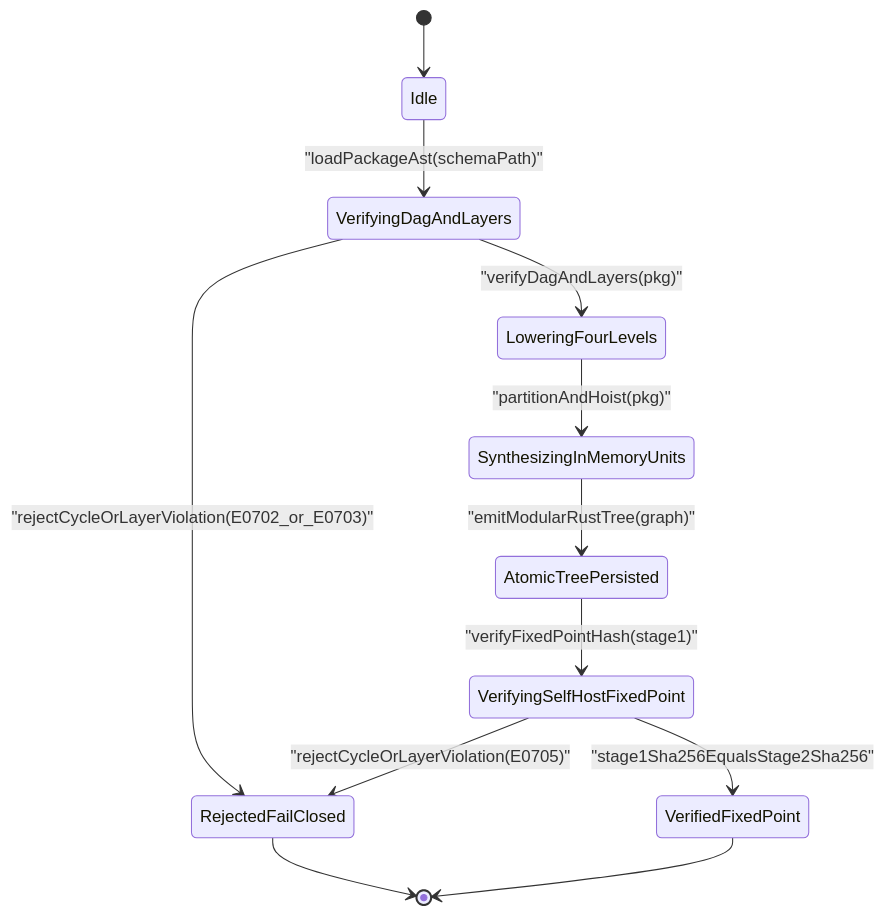
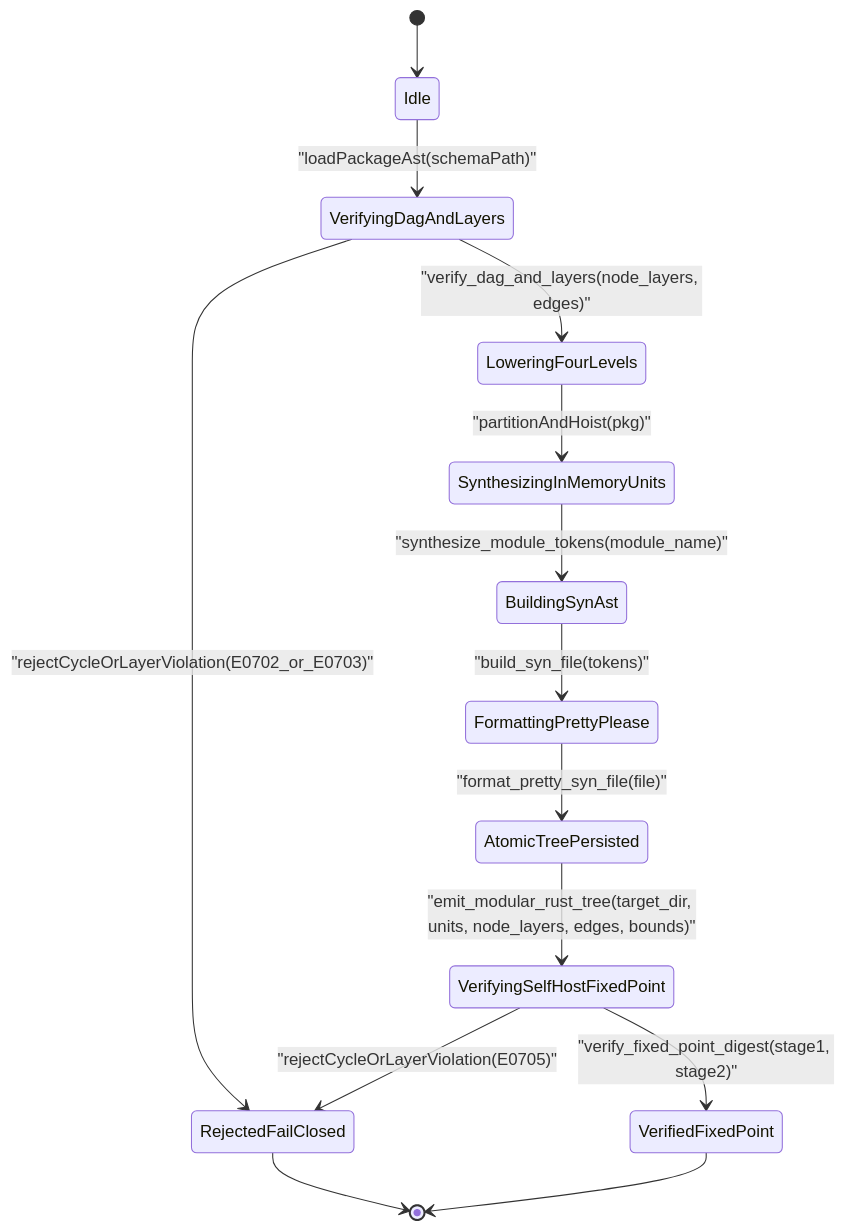
One commit to gintatkinson/DEAP01-spec-core changed the second of 4 diagrams in docs/designs/blueprint-07-self-hosting-modular-codegen-compiler.md. Above: the diagram before and after it, drawn with Mermaid. The commit also changed other lines of this file and 2 other files, not shown here.

Commit message:
docs(blueprints): refactor BP-07 onto syn, quote, and prettyplease fixed-point codegen

````diff
--- a/docs/designs/blueprint-07-self-hosting-modular-codegen-compiler.md
+++ b/docs/designs/blueprint-07-self-hosting-modular-codegen-compiler.md
@@ -149,14 +174,16 @@
 ```mermaid
 stateDiagram-v2
     [*] --> Idle
     Idle --> VerifyingDagAndLayers : "loadPackageAst(schemaPath)"
     VerifyingDagAndLayers --> RejectedFailClosed : "rejectCycleOrLayerViolation(E0702_or_E0703)"
-    VerifyingDagAndLayers --> LoweringFourLevels : "verifyDagAndLayers(pkg)"
+    VerifyingDagAndLayers --> LoweringFourLevels : "verify_dag_and_layers(node_layers, edges)"
     LoweringFourLevels --> SynthesizingInMemoryUnits : "partitionAndHoist(pkg)"
-    SynthesizingInMemoryUnits --> AtomicTreePersisted : "emitModularRustTree(graph)"
-    AtomicTreePersisted --> VerifyingSelfHostFixedPoint : "verifyFixedPointHash(stage1)"
+    SynthesizingInMemoryUnits --> BuildingSynAst : "synthesize_module_tokens(module_name)"
+    BuildingSynAst --> FormattingPrettyPlease : "build_syn_file(tokens)"
+    FormattingPrettyPlease --> AtomicTreePersisted : "format_pretty_syn_file(file)"
+    AtomicTreePersisted --> VerifyingSelfHostFixedPoint : "emit_modular_rust_tree(target_dir, units, node_layers, edges, bounds)"
     VerifyingSelfHostFixedPoint --> RejectedFailClosed : "rejectCycleOrLayerViolation(E0705)"
-    VerifyingSelfHostFixedPoint --> VerifiedFixedPoint : "stage1Sha256EqualsStage2Sha256"
+    VerifyingSelfHostFixedPoint --> VerifiedFixedPoint : "verify_fixed_point_digest(stage1, stage2)"
     RejectedFailClosed --> [*]
     VerifiedFixedPoint --> [*]
 ```
````
